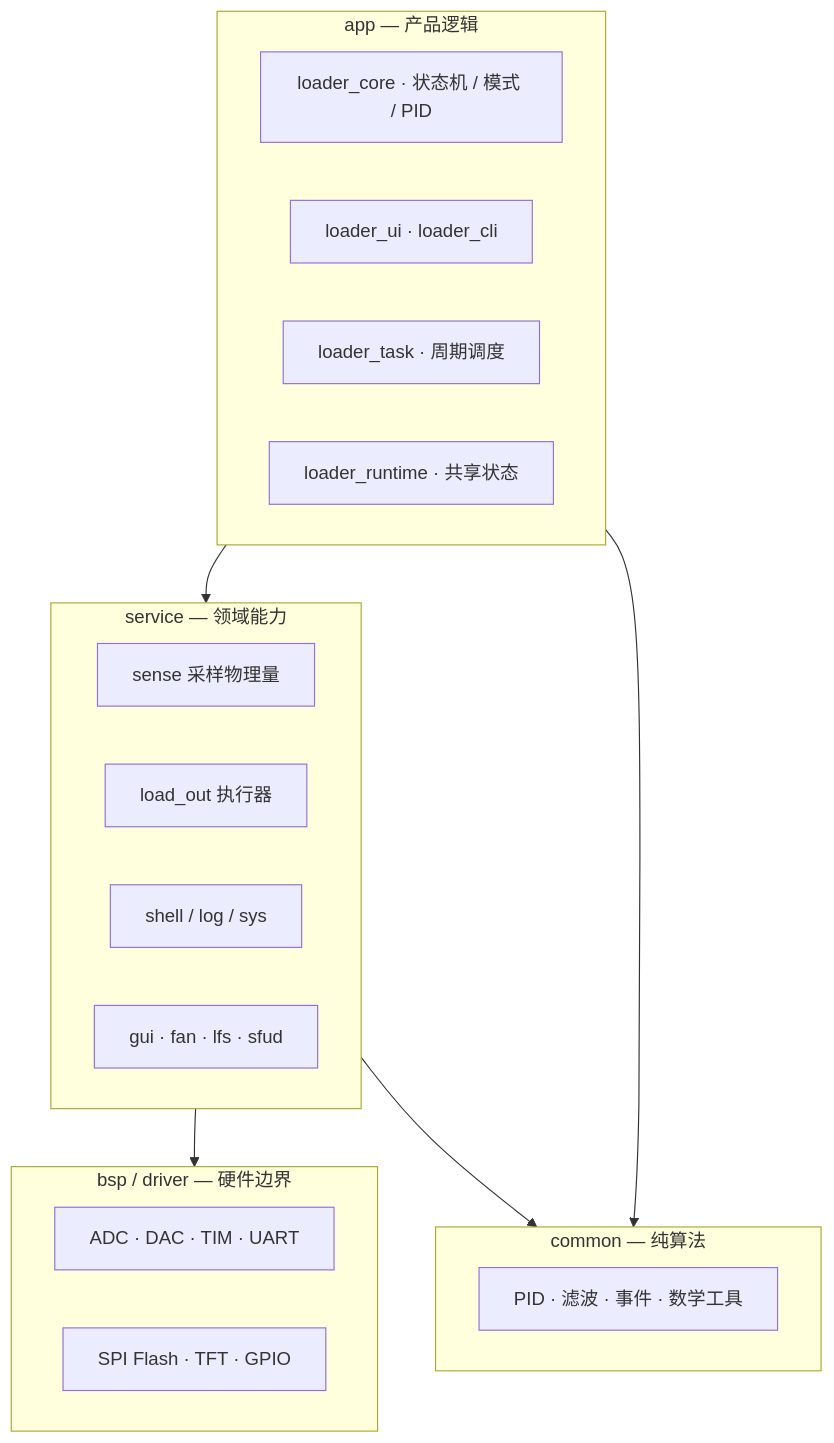
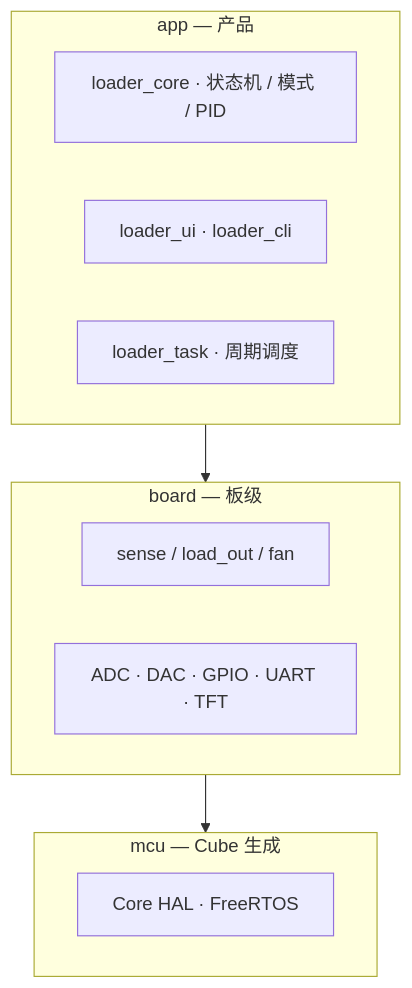
Before and after one commit to 4ImL3sSb0T/BaseFramework: the second of 11 diagrams in README.md, drawn with Mermaid. The commit also changed other lines of this file and 291 other files, not shown here.

````diff
--- a/README.md
+++ b/README.md
@@ -48,30 +55,19 @@
 ```mermaid
 flowchart TB
-  subgraph APP[app — 产品逻辑]
+  subgraph APP[app — 产品]
     L1[loader_core · 状态机 / 模式 / PID]
     L2[loader_ui · loader_cli]
     L3[loader_task · 周期调度]
-    L4[loader_runtime · 共享状态]
   end
 
-  subgraph SVC[service — 领域能力]
-    S1[sense 采样物理量]
-    S2[load_out 执行器]
-    S3[shell / log / sys]
-    S4[gui · fan · lfs · sfud]
+  subgraph BOARD[board — 板级]
+    B1[sense / load_out / fan]
+    B2[ADC · DAC · GPIO · UART · TFT]
   end
 
-  subgraph BSP[bsp / driver — 硬件边界]
-    B1[ADC · DAC · TIM · UART]
-    B2[SPI Flash · TFT · GPIO]
+  subgraph MCU[mcu — Cube 生成]
+    M1[Core HAL · FreeRTOS]
   end
 
-  subgraph COM[common — 纯算法]
-    C1[PID · 滤波 · 事件 · 数学工具]
-  end
-
-  APP --> SVC
-  SVC --> BSP
-  APP --> COM
-  SVC --> COM
+  APP --> BOARD --> MCU
 ```
````
